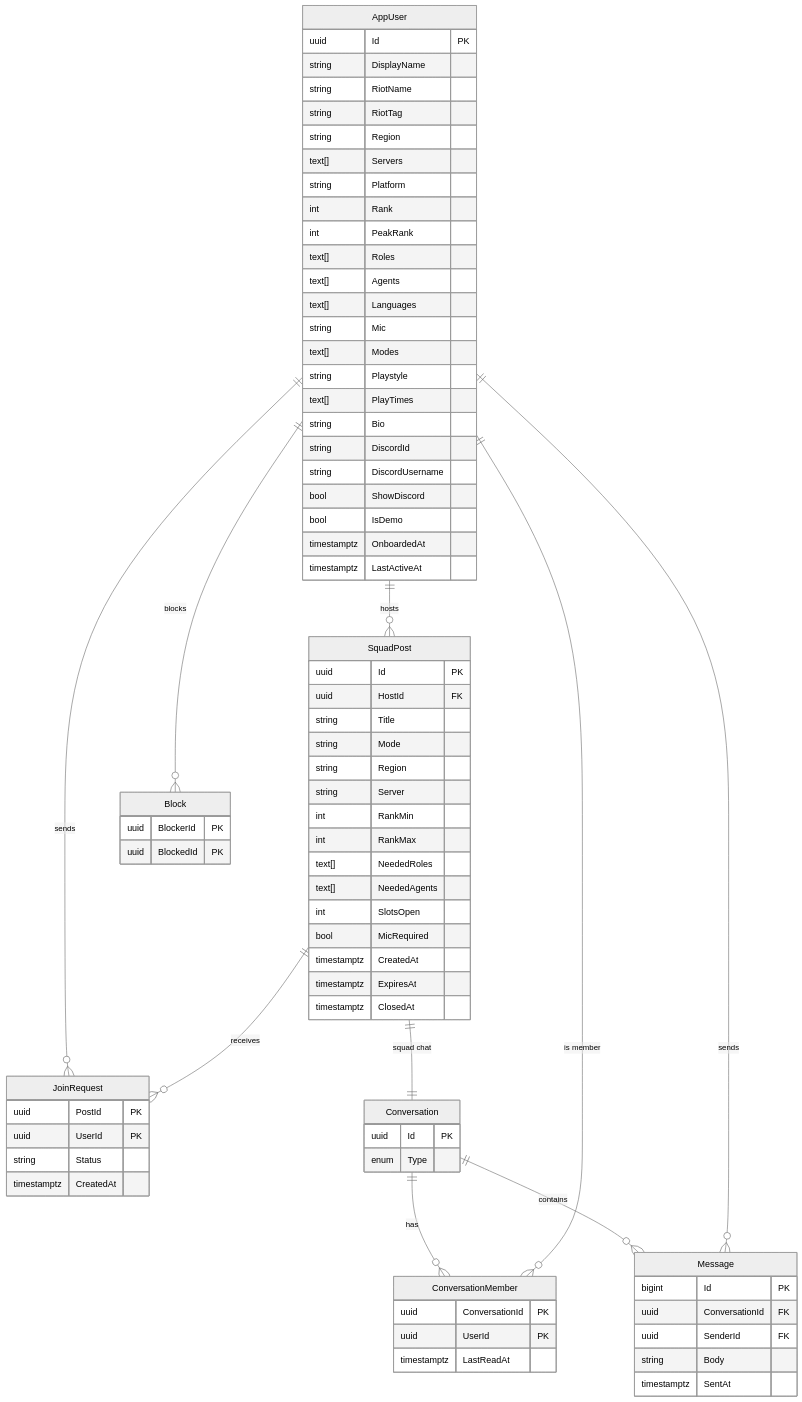
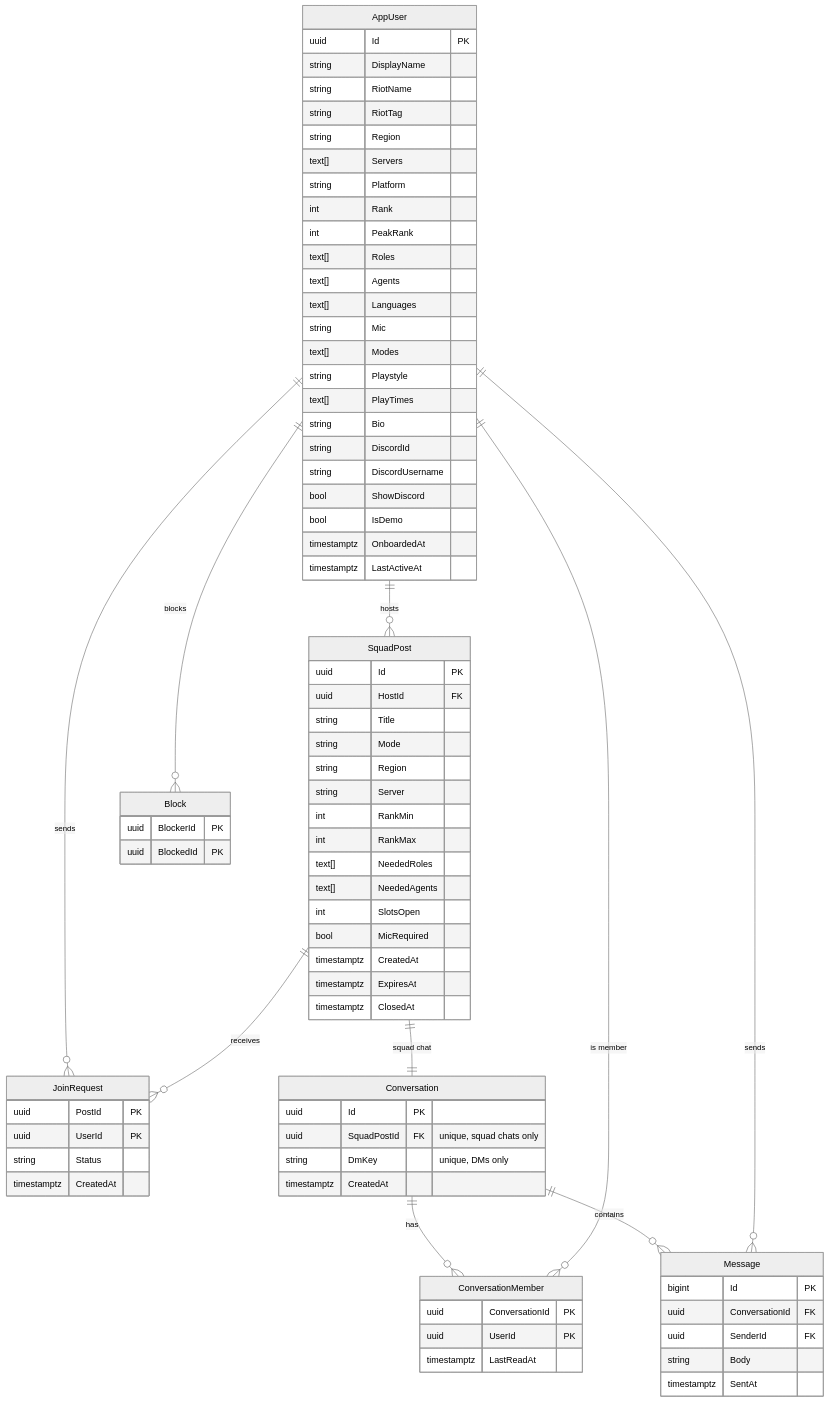
The first of 2 diagrams in docs/ARCHITECTURE.md (k1meta/FiveStack), drawn with Mermaid (neutral theme) before and after one commit. The commit also changed other lines of this file and 1 other file, not shown here.

```diff
--- a/docs/ARCHITECTURE.md
+++ b/docs/ARCHITECTURE.md
@@ -97,7 +97,9 @@
   }
   Conversation {
     uuid Id PK
-    enum Type
+    uuid SquadPostId FK "unique, squad chats only"
+    string DmKey "unique, DMs only"
+    timestamptz CreatedAt
   }
   ConversationMember {
     uuid ConversationId PK
```
